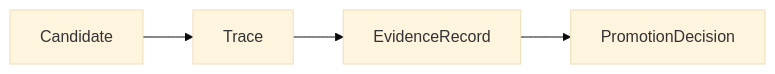
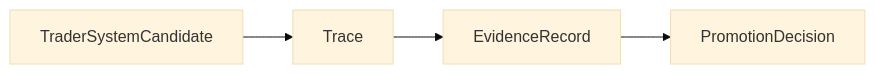
One commit to openboa-ai/ouroboros changed the first of 2 diagrams in wiki/architecture/specs/09-trace-contract.md. Above: the diagram before and after it, drawn with Mermaid (base theme). The commit also changed other lines of this file and 80 other files, not shown here.

Commit message:
docs: lock mlp-01 architecture design baseline

````diff
--- a/wiki/architecture/specs/09-trace-contract.md
+++ b/wiki/architecture/specs/09-trace-contract.md
@@ -95,6 +96,6 @@
 ```mermaid
 flowchart LR
-    A["Candidate"] --> B["Trace"]
+    A["TraderSystemCandidate"] --> B["Trace"]
     B --> C["EvidenceRecord"]
     C --> D["PromotionDecision"]
 ```
````
